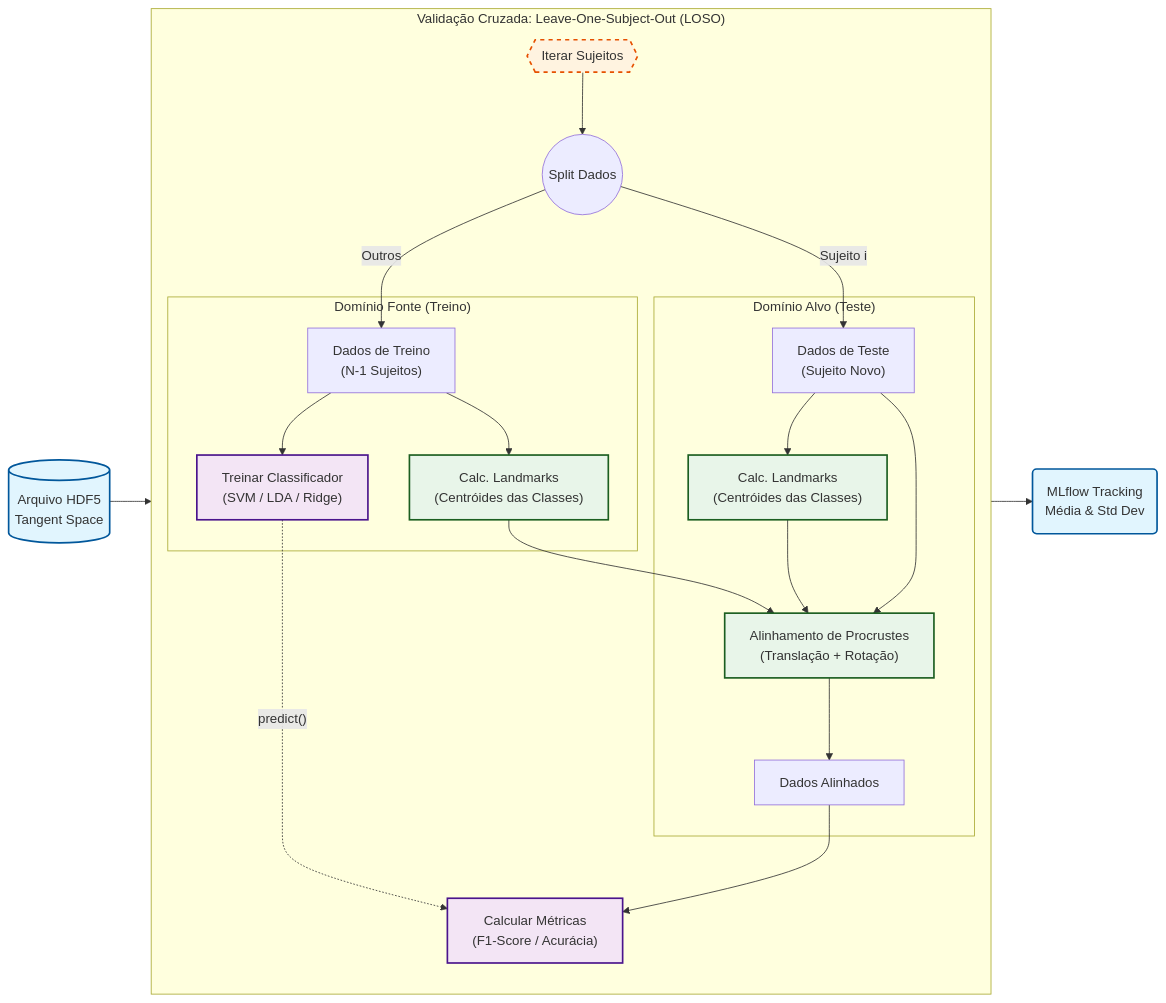
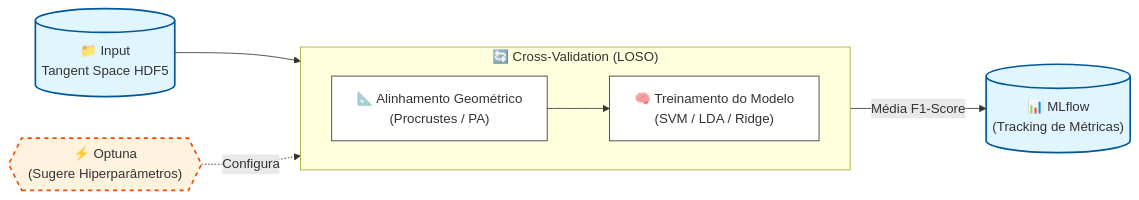
One commit to CommanderErika/eeg-pyriemann-pipeline changed the diagram in README.md. Above: the diagram before and after it, drawn with Mermaid.

Commit message:
readme: some modifications.

````diff
--- a/README.md
+++ b/README.md
@@ -21,60 +21,33 @@
 ```mermaid
 graph LR
-    %% Estilos (Cores Profissionais)
+    %% Estilos
     classDef storage fill:#e1f5fe,stroke:#01579b,stroke-width:2px;
-    classDef logic fill:#fff3e0,stroke:#e65100,stroke-width:2px,stroke-dasharray: 5 5;
-    classDef process fill:#f3e5f5,stroke:#4a148c,stroke-width:2px;
-    classDef math fill:#e8f5e9,stroke:#1b5e20,stroke-width:2px;
+    classDef config fill:#fff3e0,stroke:#e65100,stroke-width:2px,stroke-dasharray: 5 5;
+    classDef container fill:#f3e5f5,stroke:#4a148c,stroke-width:2px;
+    classDef process fill:#ffffff,stroke:#333,stroke-width:1px;
 
-    %% --- Entrada ---
-    HDF5[("Arquivo HDF5<br/>Tangent Space")]:::storage
-    
-    %% --- Loop LOSO ---
-    subgraph LOSO_LOOP ["Validação Cruzada: Leave-One-Subject-Out (LOSO)"]
-        direction TB
-        Iterator{{Iterar Sujeitos}}:::logic
-        Split((Split Dados))
+    %% 1. Entrada
+    Input[("📁 Input<br/>Tangent Space HDF5")]:::storage
 
-        subgraph Train_Domain ["Domínio Fonte (Treino)"]
-            TrainX["Dados de Treino<br/>(N-1 Sujeitos)"]
-            TrainL["Calc. Landmarks<br/>(Centróides das Classes)"]:::math
-            Model["Treinar Classificador<br/>(SVM / LDA / Ridge)"]:::process
-        end
+    %% 2. Otimização (Externo)
+    Optuna{{"⚡ Optuna<br/>(Sugere Hiperparâmetros)"}}:::config
 
-        subgraph Test_Domain ["Domínio Alvo (Teste)"]
-            TestX["Dados de Teste<br/>(Sujeito Novo)"]
-            TestL["Calc. Landmarks<br/>(Centróides das Classes)"]:::math
-            RPA["Alinhamento de Procrustes<br/>(Translação + Rotação)"]:::math
-            TestAligned[Dados Alinhados]
-        end
+    %% 3. O Grande Bloco de Validação
+    subgraph CV ["🔄 Cross-Validation (LOSO)"]
+        direction LR
         
-        Metrics["Calcular Métricas<br/>(F1-Score / Acurácia)"]:::process
+        RPA["📐 Alinhamento Geométrico<br/>(Procrustes / PA)"]:::process
+        Train["🧠 Treinamento do Modelo<br/>(SVM / LDA / Ridge)"]:::process
+        
+        %% Conexão interna
+        RPA --> Train
     end
 
-    %% --- Saída ---
-    MLflow("MLflow Tracking<br/>Média & Std Dev"):::storage
+    %% 4. Saída
+    Output[("📊 MLflow<br/>(Tracking de Métricas)")]:::storage
 
-    %% --- Conexões ---
-    HDF5 --> Iterator
-    Iterator --> Split
-    
-    %% Fluxo de Treino
-    Split -- "Outros" --> TrainX
-    TrainX --> Model
-    TrainX --> TrainL
-
-    %% Fluxo de Teste & Alinhamento
-    Split -- "Sujeito i" --> TestX
-    TestX --> TestL
-    
-    %% A Mágica do Procrustes
-    TrainL & TestL --> RPA
-    TestX --> RPA
-    RPA --> TestAligned
-
-    %% Avaliação
-    Model -.-> |"predict()"| Metrics
-    TestAligned --> Metrics
-    
-    Metrics --> MLflow
+    %% Conexões Principais
+    Input --> CV
+    Optuna -.-> |"Configura"| CV
+    CV --> |"Média F1-Score"| Output
 ```
````
